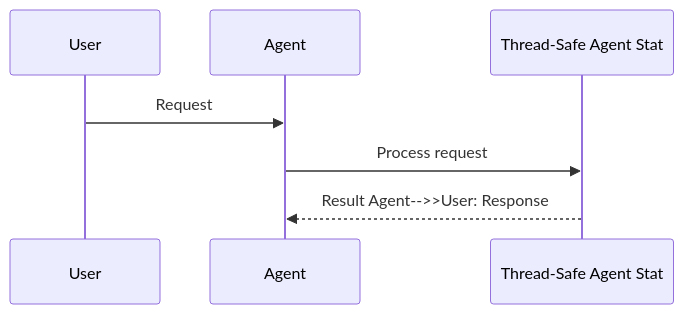
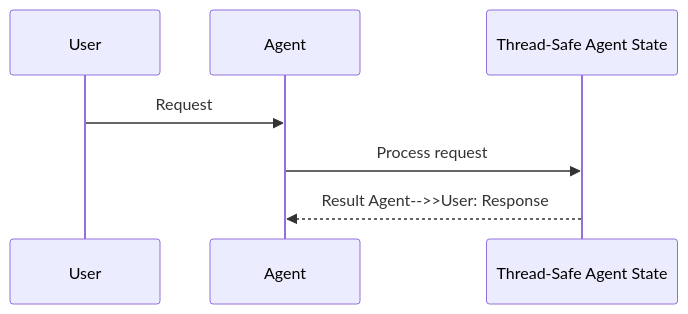
Before and after one commit to MervinPraison/PraisonAIDocs: the second of 5 diagrams in docs/features/thread-safety.mdx, drawn with Mermaid. The commit also changed 45 other files, not shown here.

First line of the commit message:
docs: fix truncated Mermaid diagram feature names (22-char cutoff)

````diff
--- a/docs/features/thread-safety.mdx
+++ b/docs/features/thread-safety.mdx
@@ -49,10 +49,10 @@
 ```mermaid
 sequenceDiagram
     participant User
     participant Agent
-    participant Feature as Thread-Safe Agent Stat
+    participant Feature as Thread-Safe Agent State
 
     User->>Agent: Request
     Agent->>Feature: Process request
     Feature-->>Agent: Result    Agent-->>User: Response
 ```
````
